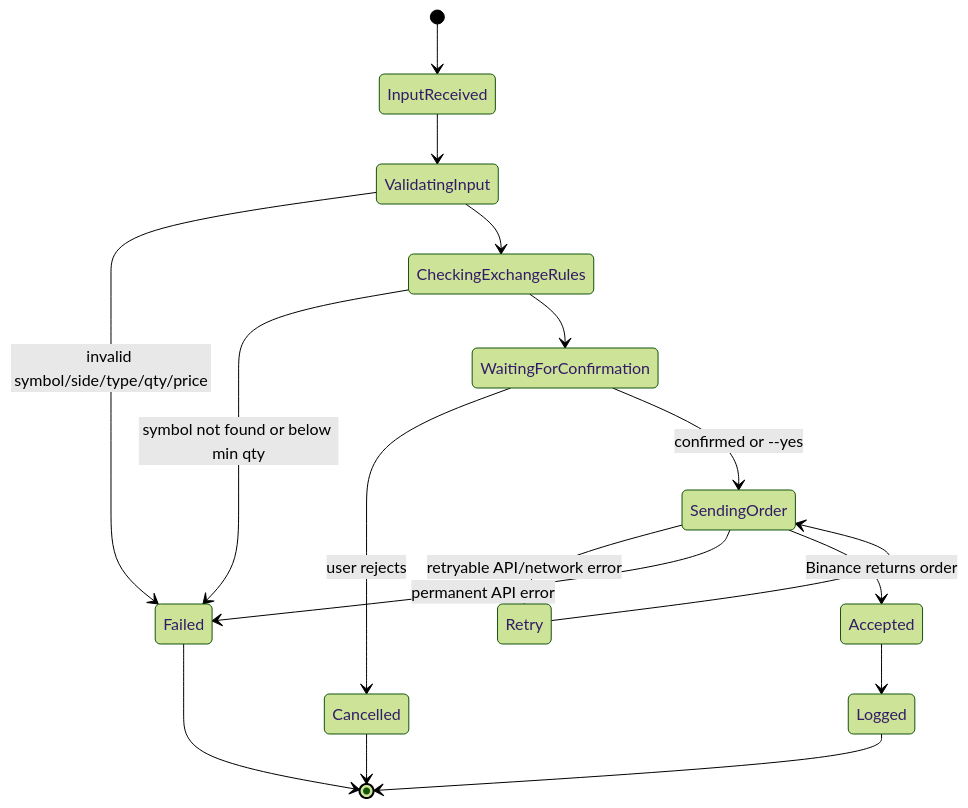
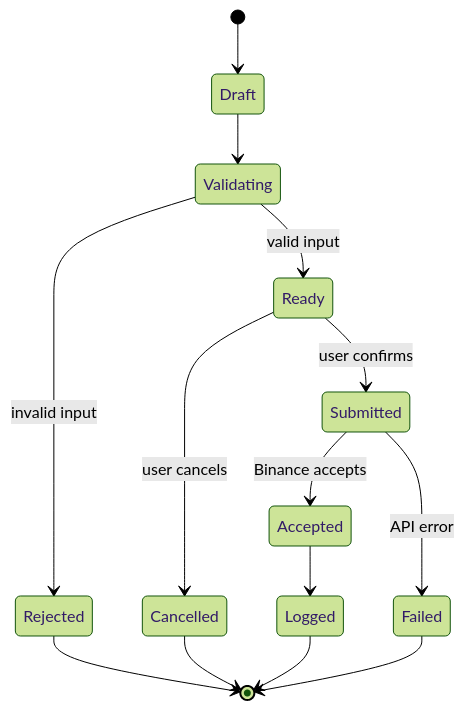
One commit to YasharthPanwar-2003/Trading-Bot changed the third of 3 diagrams in README.md. Above: the diagram before and after it, drawn with Mermaid (forest theme). The commit also changed other lines of this file, not shown here.

Commit message:
Simplify README diagrams

````diff
--- a/README.md
+++ b/README.md
@@ -70,19 +68,16 @@
 ```mermaid
 stateDiagram-v2
-  [*] --> InputReceived
-  InputReceived --> ValidatingInput
-  ValidatingInput --> Failed: invalid symbol/side/type/qty/price
-  ValidatingInput --> CheckingExchangeRules
-  CheckingExchangeRules --> Failed: symbol not found or below min qty
-  CheckingExchangeRules --> WaitingForConfirmation
-  WaitingForConfirmation --> Cancelled: user rejects
-  WaitingForConfirmation --> SendingOrder: confirmed or --yes
-  SendingOrder --> Retry: retryable API/network error
-  Retry --> SendingOrder
-  SendingOrder --> Failed: permanent API error
-  SendingOrder --> Accepted: Binance returns order
+  [*] --> Draft
+  Draft --> Validating
+  Validating --> Rejected: invalid input
+  Validating --> Ready: valid input
+  Ready --> Cancelled: user cancels
+  Ready --> Submitted: user confirms
+  Submitted --> Accepted: Binance accepts
+  Submitted --> Failed: API error
   Accepted --> Logged
   Logged --> [*]
+  Rejected --> [*]
   Cancelled --> [*]
   Failed --> [*]
 ```
````
